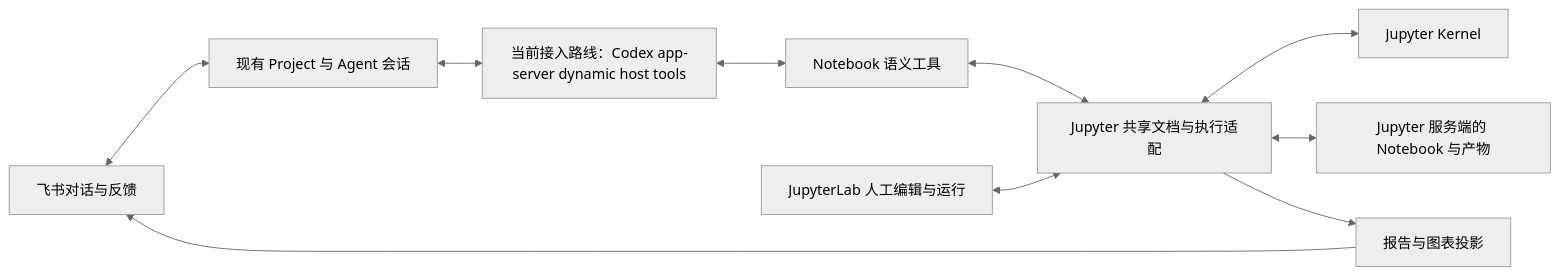
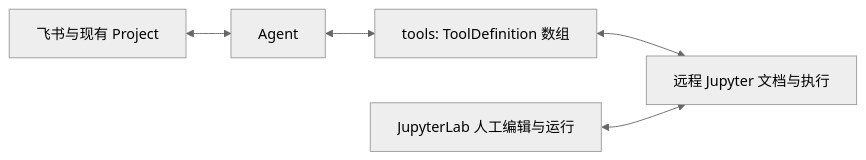
Before and after one commit to hs3180/disclaude: the diagram in docs/designs/jupyter-harness.md, drawn with Mermaid (neutral theme). The commit also changed other lines of this file and 69 other files, not shown here.

````diff
--- a/docs/designs/jupyter-harness.md
+++ b/docs/designs/jupyter-harness.md
@@ -27,12 +13,7 @@
 ```mermaid
 flowchart LR
-  F[飞书对话与反馈] <--> P[现有 Project 与 Agent 会话]
-  P <--> A[当前接入路线：Codex app-server dynamic host tools]
-  A <--> T[Notebook 语义工具]
-  T <--> J[Jupyter 共享文档与执行适配]
+  F[飞书与现有 Project] <--> A[Agent]
+  A <--> T[tools: ToolDefinition 数组]
+  T <--> J[远程 Jupyter 文档与执行]
   H[JupyterLab 人工编辑与运行] <--> J
-  J <--> K[Jupyter Kernel]
-  J <--> N[Jupyter 服务端的 Notebook 与产物]
-  J --> V[报告与图表投影]
-  V --> F
 ```
````
